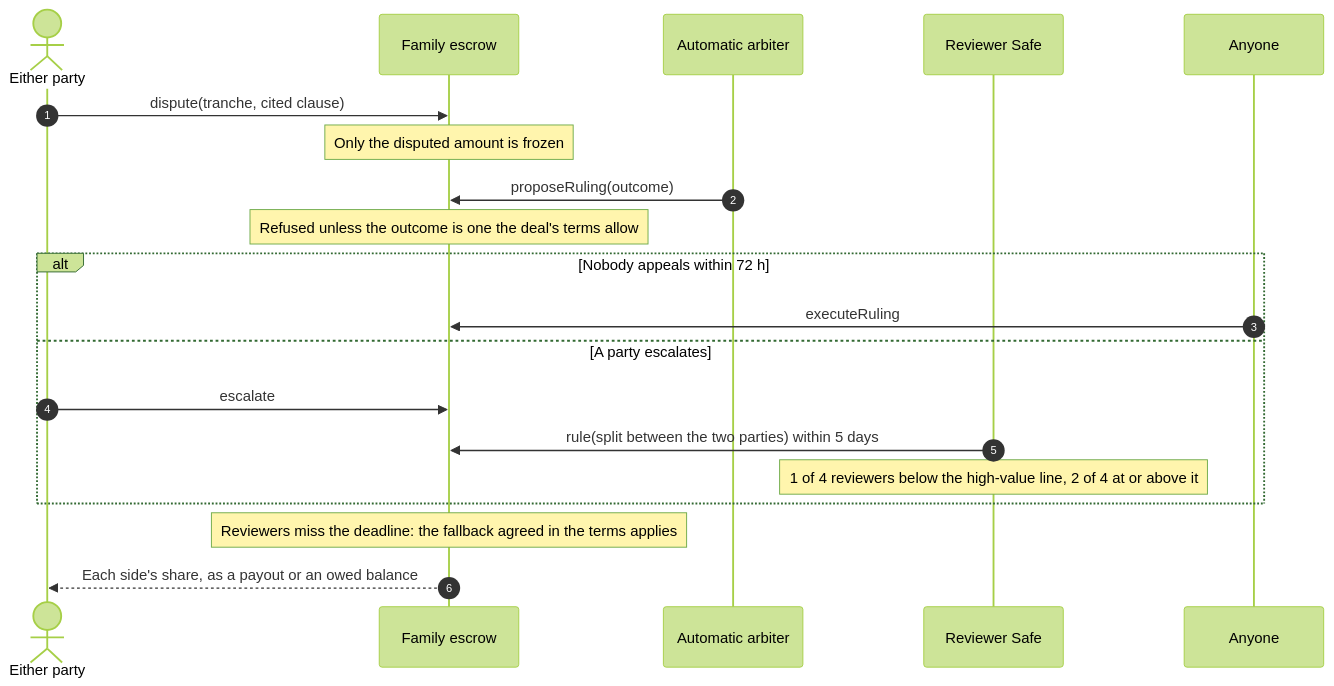
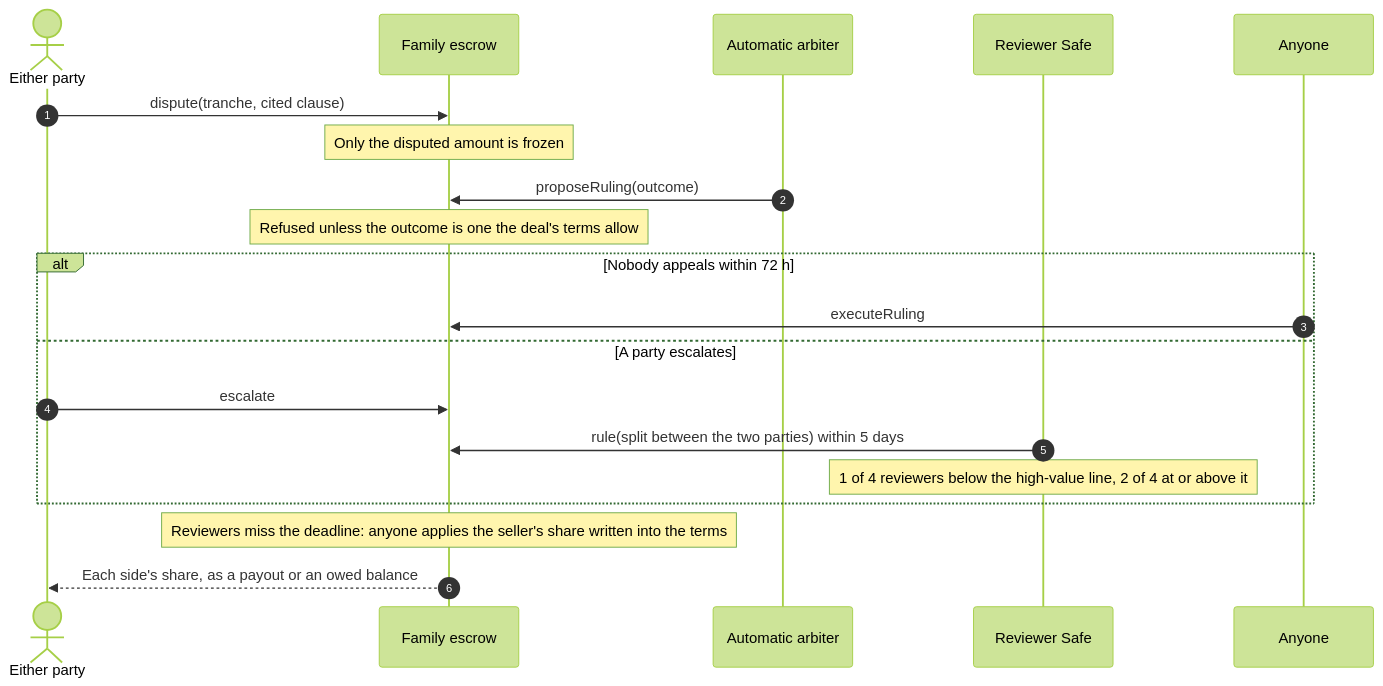
Before and after one commit to Iziedking/Karwan: the fifth of 6 diagrams in docs/architecture/11-contracts.md, drawn with Mermaid (forest theme). The commit also changed other lines of this file and 1 other file, not shown here.

Commit message:
docs(architecture): signed release at handover, instalment plans with pledged parts, and disputes with appeal and a fallback built

````diff
--- a/docs/architecture/11-contracts.md
+++ b/docs/architecture/11-contracts.md
@@ -183,23 +184,23 @@
 ```mermaid
 sequenceDiagram
   autonumber
   actor P as Either party
   participant ESC as Family escrow
   participant AR as Automatic arbiter
   participant RV as Reviewer Safe
   participant K as Anyone
 
   P->>ESC: dispute(tranche, cited clause)
   Note over ESC: Only the disputed amount is frozen
   AR->>ESC: proposeRuling(outcome)
   Note over ESC: Refused unless the outcome is one the deal's terms allow
   alt Nobody appeals within 72 h
     K->>ESC: executeRuling
   else A party escalates
     P->>ESC: escalate
     RV->>ESC: rule(split between the two parties) within 5 days
     Note over RV: 1 of 4 reviewers below the high-value line, 2 of 4 at or above it
   end
-  Note over ESC: Reviewers miss the deadline: the fallback agreed in the terms applies
+  Note over ESC: Reviewers miss the deadline: anyone applies the seller's share written into the terms
   ESC-->>P: Each side's share, as a payout or an owed balance
 ```
````
